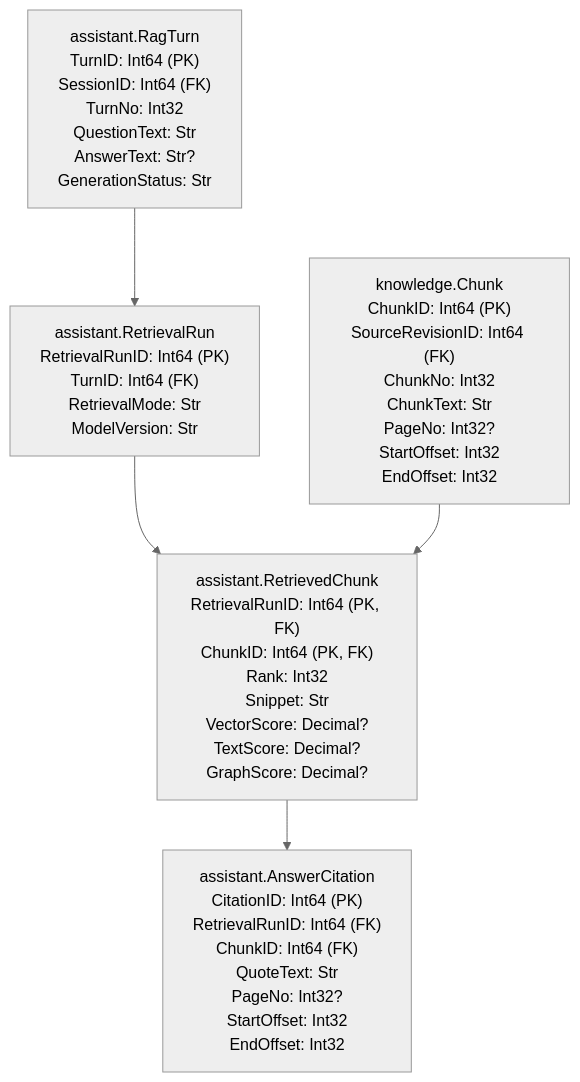
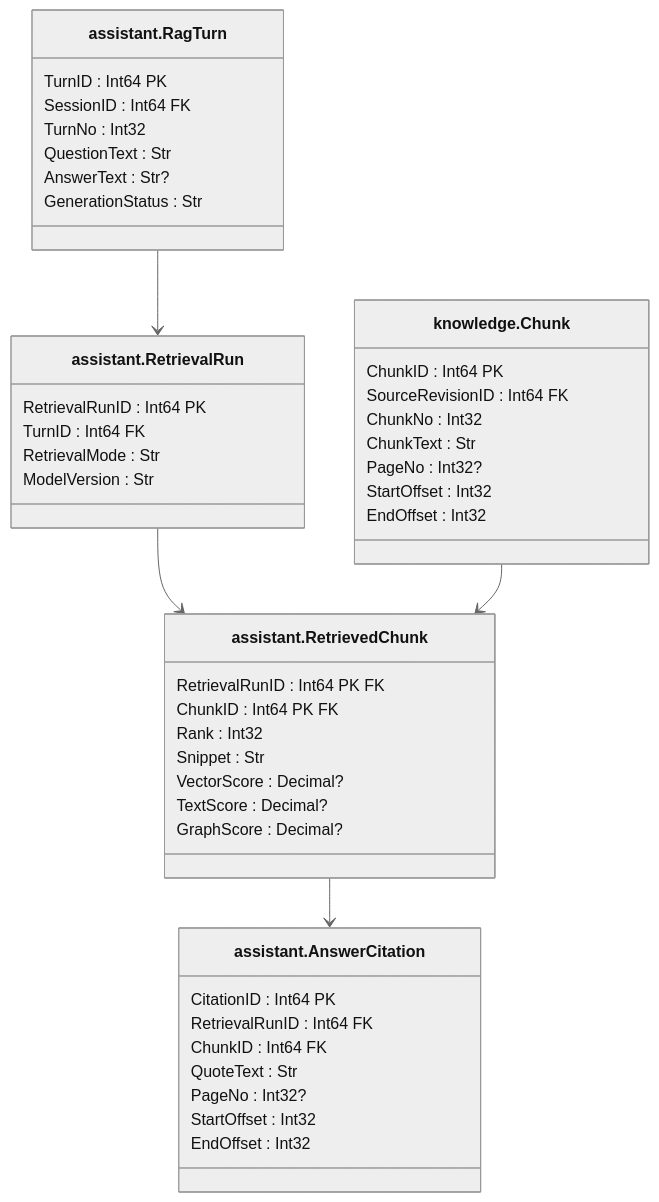
Diagram 12 of 15 in 03SQL-CourseWork/architecture/database-model.md (lkeey/BIVT-labs), drawn with Mermaid (neutral theme) before and after one commit. The commit also changed other lines of this file, not shown here.

Commit message:
docs: center database table titles in diagrams

```diff
--- a/03SQL-CourseWork/architecture/database-model.md
+++ b/03SQL-CourseWork/architecture/database-model.md
@@ -164,10 +476,49 @@
 ~~~mermaid
-flowchart TB
-    T["assistant.RagTurn<br/>TurnID: Int64 (PK)<br/>SessionID: Int64 (FK)<br/>TurnNo: Int32<br/>QuestionText: Str<br/>AnswerText: Str?<br/>GenerationStatus: Str"]
-    R["assistant.RetrievalRun<br/>RetrievalRunID: Int64 (PK)<br/>TurnID: Int64 (FK)<br/>RetrievalMode: Str<br/>ModelVersion: Str"]
-    K["knowledge.Chunk<br/>ChunkID: Int64 (PK)<br/>SourceRevisionID: Int64 (FK)<br/>ChunkNo: Int32<br/>ChunkText: Str<br/>PageNo: Int32?<br/>StartOffset: Int32<br/>EndOffset: Int32"]
-    F["assistant.RetrievedChunk<br/>RetrievalRunID: Int64 (PK, FK)<br/>ChunkID: Int64 (PK, FK)<br/>Rank: Int32<br/>Snippet: Str<br/>VectorScore: Decimal?<br/>TextScore: Decimal?<br/>GraphScore: Decimal?"]
-    C["assistant.AnswerCitation<br/>CitationID: Int64 (PK)<br/>RetrievalRunID: Int64 (FK)<br/>ChunkID: Int64 (FK)<br/>QuoteText: Str<br/>PageNo: Int32?<br/>StartOffset: Int32<br/>EndOffset: Int32"]
-    T --> R --> F --> C
+classDiagram
+    direction TB
+    class T["assistant.RagTurn"] {
+        TurnID : Int64 PK
+        SessionID : Int64 FK
+        TurnNo : Int32
+        QuestionText : Str
+        AnswerText : Str?
+        GenerationStatus : Str
+    }
+    class R["assistant.RetrievalRun"] {
+        RetrievalRunID : Int64 PK
+        TurnID : Int64 FK
+        RetrievalMode : Str
+        ModelVersion : Str
+    }
+    class K["knowledge.Chunk"] {
+        ChunkID : Int64 PK
+        SourceRevisionID : Int64 FK
+        ChunkNo : Int32
+        ChunkText : Str
+        PageNo : Int32?
+        StartOffset : Int32
+        EndOffset : Int32
+    }
+    class F["assistant.RetrievedChunk"] {
+        RetrievalRunID : Int64 PK FK
+        ChunkID : Int64 PK FK
+        Rank : Int32
+        Snippet : Str
+        VectorScore : Decimal?
+        TextScore : Decimal?
+        GraphScore : Decimal?
+    }
+    class C["assistant.AnswerCitation"] {
+        CitationID : Int64 PK
+        RetrievalRunID : Int64 FK
+        ChunkID : Int64 FK
+        QuoteText : Str
+        PageNo : Int32?
+        StartOffset : Int32
+        EndOffset : Int32
+    }
+    T --> R
+    R --> F
+    F --> C
     K --> F
 ~~~
```
